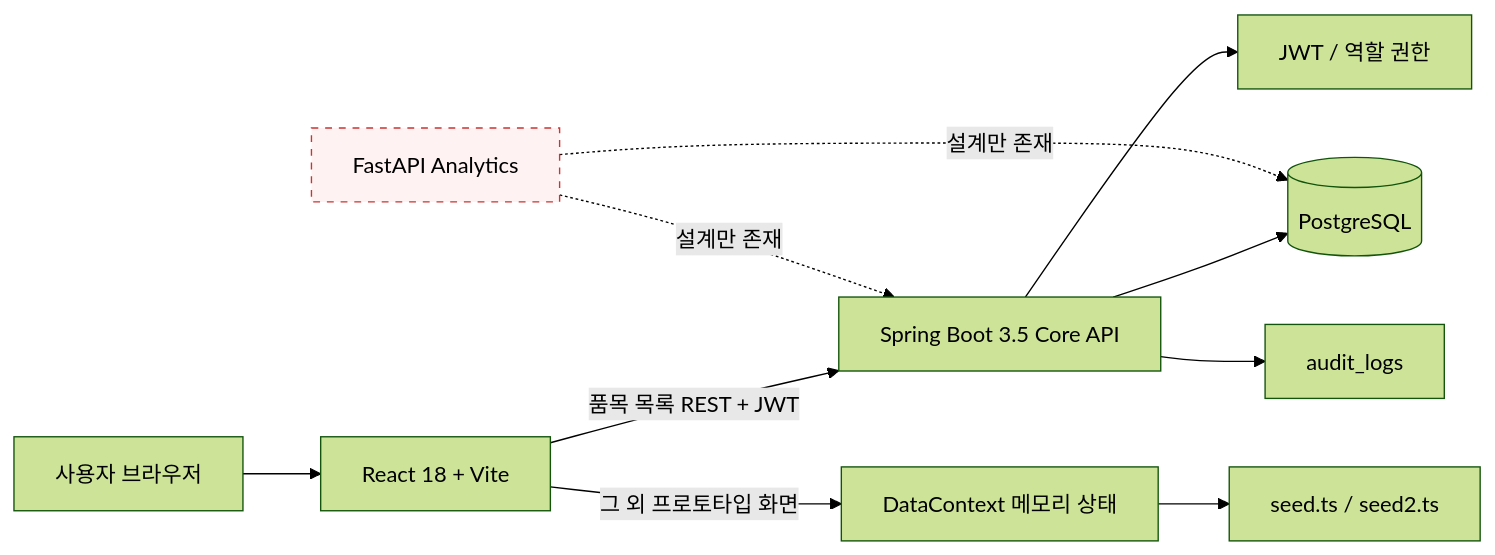
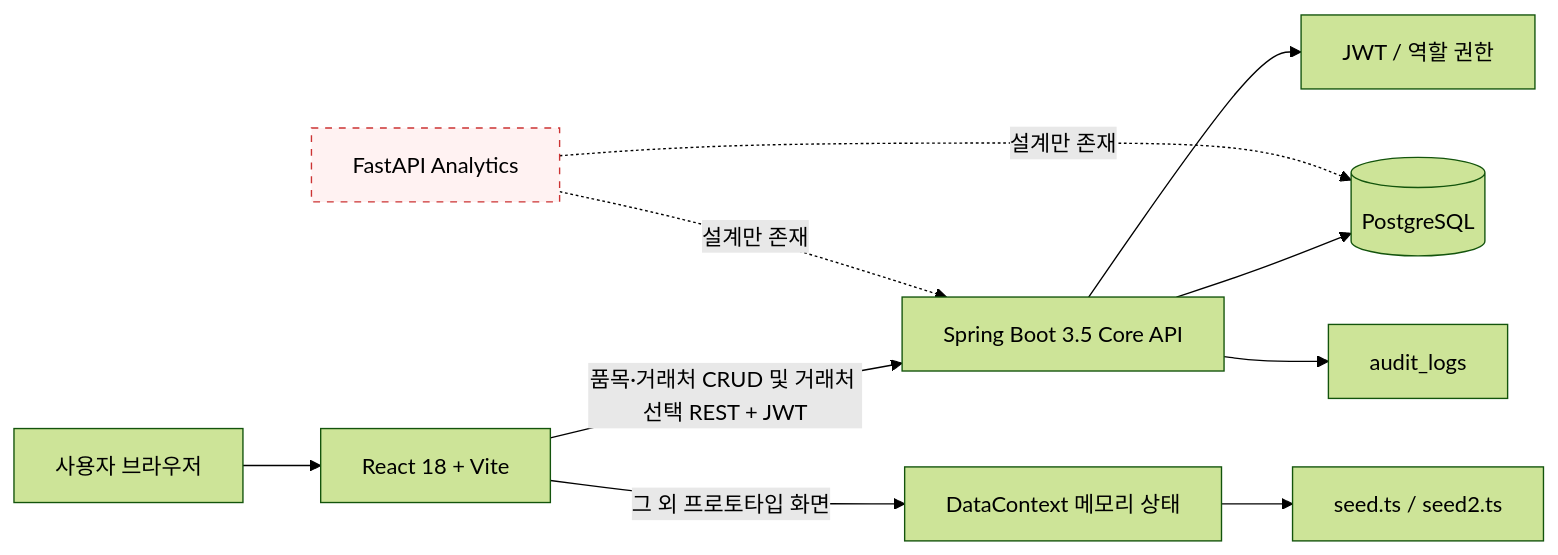
The diagram in docs/PROJECT_HANDOVER.md (imorangepie20/ERP-Approid), drawn with Mermaid (forest theme) before and after one commit. The commit also changed other lines of this file and 54 other files, not shown here.

````diff
--- a/docs/PROJECT_HANDOVER.md
+++ b/docs/PROJECT_HANDOVER.md
@@ -37,16 +38,16 @@
 ```mermaid
 flowchart LR
     U[사용자 브라우저] --> F[React 18 + Vite]
-    F -->|품목 목록 REST + JWT| B[Spring Boot 3.5 Core API]
+    F -->|품목·거래처 CRUD 및 거래처 선택 REST + JWT| B[Spring Boot 3.5 Core API]
     F -->|그 외 프로토타입 화면| M[DataContext 메모리 상태]
     M --> S[seed.ts / seed2.ts]
 
     B --> P[(PostgreSQL)]
     B --> J[JWT / 역할 권한]
     B --> A[audit_logs]
 
     X[FastAPI Analytics]:::missing -. 설계만 존재 .-> B
     X -. 설계만 존재 .-> P
 
     classDef missing fill:#fff2f2,stroke:#c33,stroke-dasharray:5 5;
 ```
````
